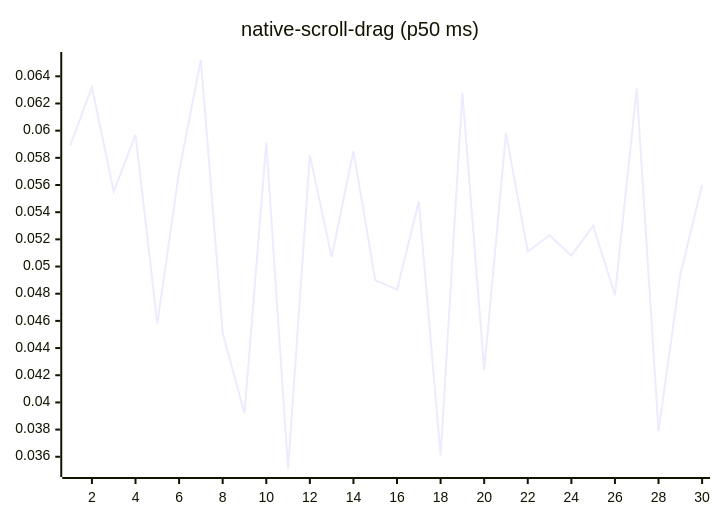
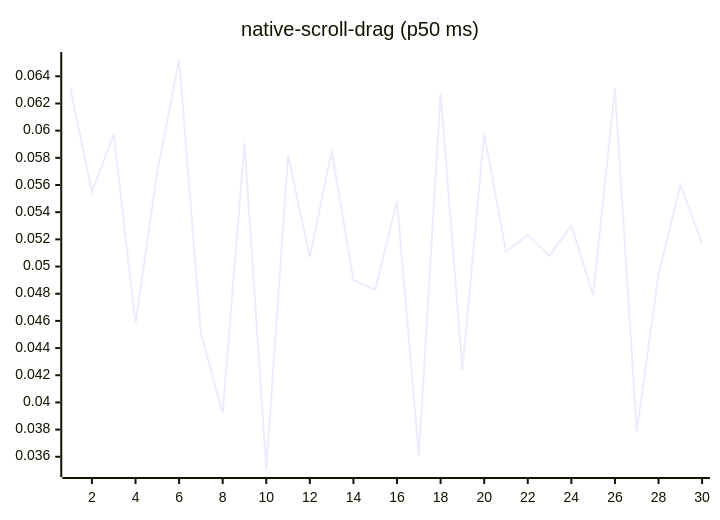
Before and after one commit to josha/Facet: diagram 14 of 27 in README.md, drawn with Mermaid. The commit also changed other lines of this file and 2 other files, not shown here.

````diff
--- a/README.md
+++ b/README.md
@@ -154,6 +154,6 @@
 ```mermaid
 xychart-beta
     title "native-scroll-drag (p50 ms)"
     x-axis 1 --> 30
-    line [0.0589, 0.0632, 0.0555, 0.0597, 0.0458, 0.0570, 0.0652, 0.0451, 0.0392, 0.0591, 0.0351, 0.0582, 0.0507, 0.0585, 0.0490, 0.0483, 0.0548, 0.0361, 0.0628, 0.0424, 0.0598, 0.0511, 0.0523, 0.0508, 0.0530, 0.0479, 0.0631, 0.0379, 0.0494, 0.0560]
+    line [0.0632, 0.0555, 0.0597, 0.0458, 0.0570, 0.0652, 0.0451, 0.0392, 0.0591, 0.0351, 0.0582, 0.0507, 0.0585, 0.0490, 0.0483, 0.0548, 0.0361, 0.0628, 0.0424, 0.0598, 0.0511, 0.0523, 0.0508, 0.0530, 0.0479, 0.0631, 0.0379, 0.0494, 0.0560, 0.0517]
 ```
````
